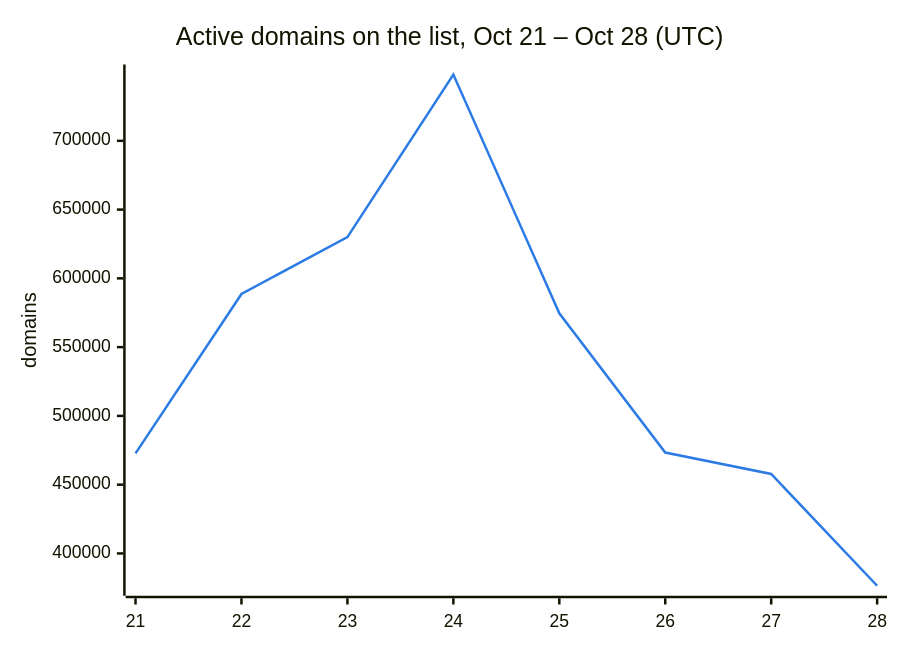
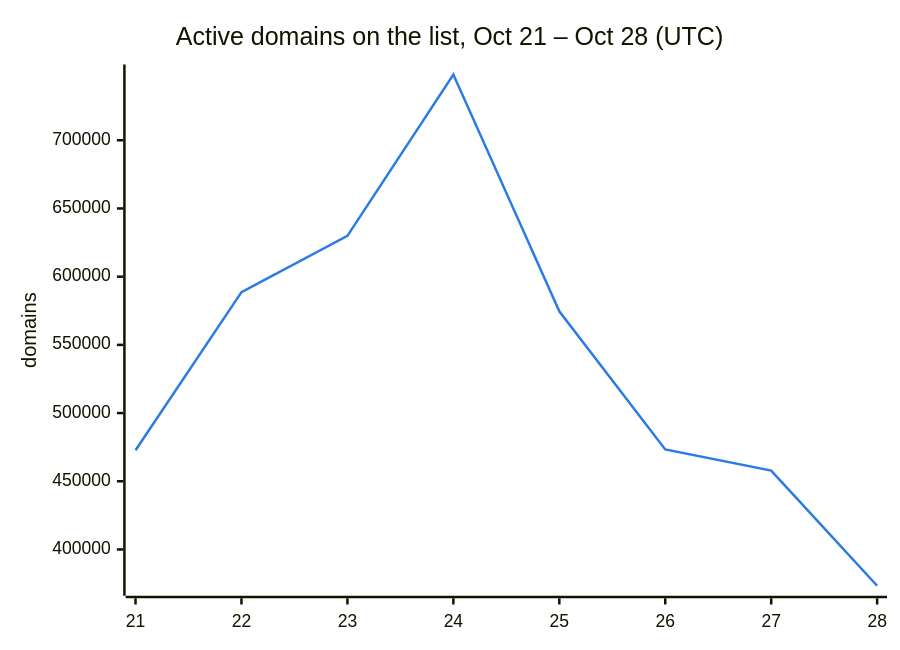
The second of 3 diagrams in README.md (DNSBunker/CTI), drawn with Mermaid before and after one commit. The commit also changed other lines of this file and 3 other files, not shown here.

````diff
--- a/README.md
+++ b/README.md
@@ -38,8 +38,8 @@
 ```mermaid
 %%{init: {"themeVariables": {"xyChart": {"plotColorPalette": "#2c7be5"}}}}%%
 xychart-beta
     title "Active domains on the list, Oct 21 – Oct 28 (UTC)"
     x-axis ["21", "22", "23", "24", "25", "26", "27", "28"]
     y-axis "domains"
-    line [472713, 588659, 629951, 748222, 574614, 473331, 457795, 376508]
+    line [472713, 588659, 629951, 748222, 574614, 473331, 457795, 373398]
 ```
````
